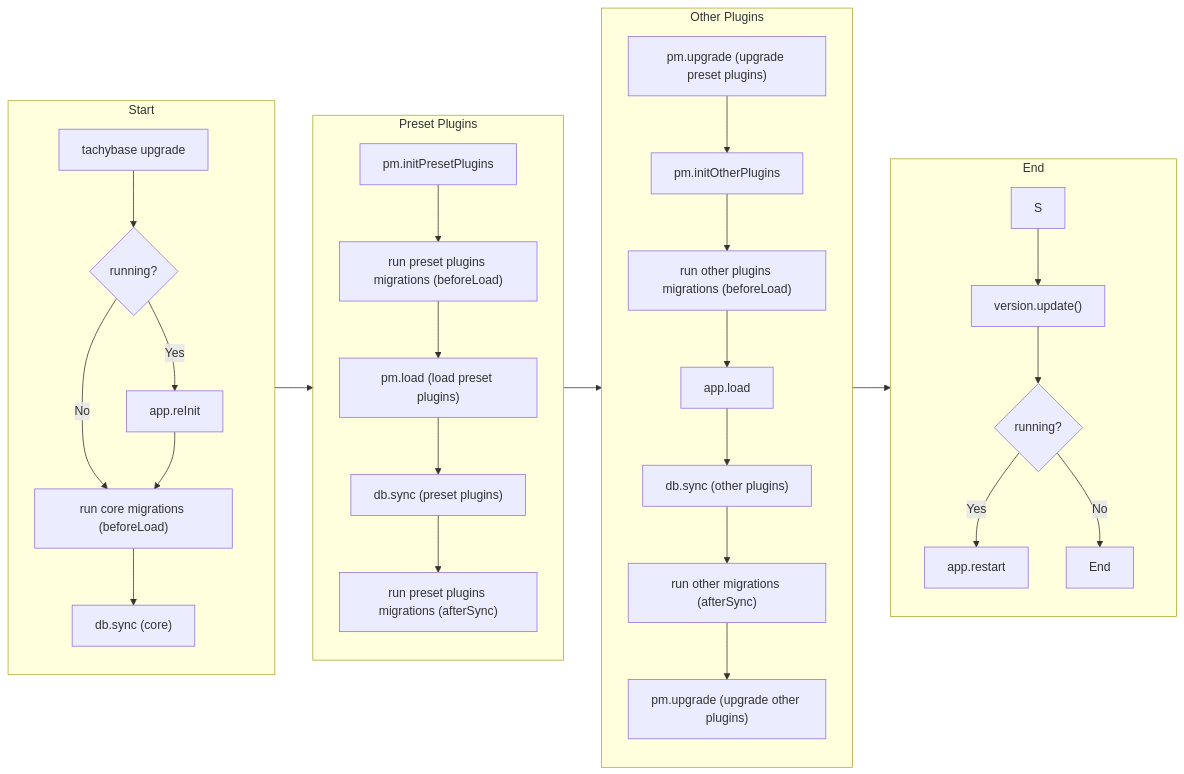
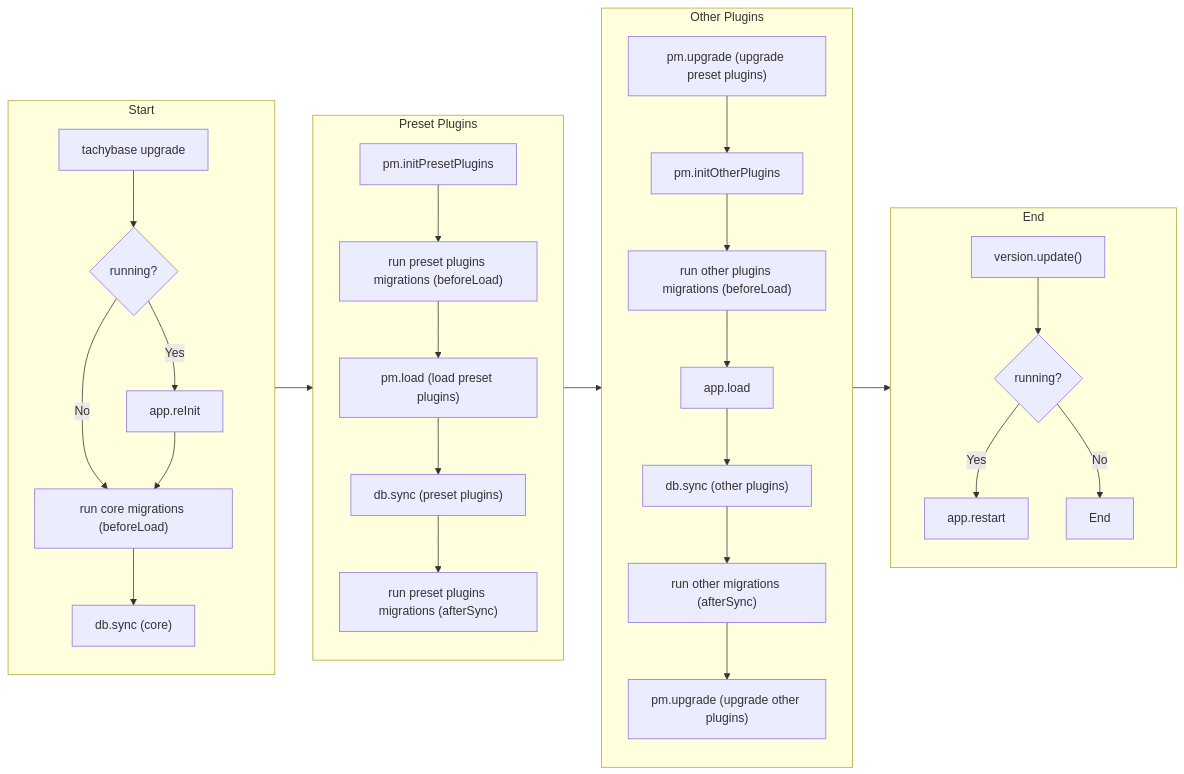
The second of 2 diagrams in docs/zh/develop/lifecycle.md (tegojs/docs), drawn with Mermaid before and after one commit. The commit also changed other lines of this file and 4 other files, not shown here.

````diff
--- a/docs/zh/develop/lifecycle.md
+++ b/docs/zh/develop/lifecycle.md
@@ -3,42 +70,41 @@
 ```mermaid
 flowchart LR
     %% 主流程
     subgraph Start
     direction TB
         A["tachybase upgrade"] --> B{running?}
         B -- Yes --> C["app.reInit"]
         B -- No --> D["run core migrations (beforeLoad)"]
         C --> D
         D --> E["db.sync (core)"]
     end
 
     %% 第一列：PresetPlugins
     subgraph PresetPlugins [Preset Plugins]
         G["pm.initPresetPlugins"] --> H["run preset plugins migrations (beforeLoad)"]
         H --> I["pm.load (load preset plugins)"]
         I --> J["db.sync (preset plugins)"]
         J --> K["run preset plugins migrations (afterSync)"]
     end
 
     %% 第二列：OtherPlugins
     subgraph OtherPlugins [Other Plugins]
         L["pm.upgrade (upgrade preset plugins)"] --> M["pm.initOtherPlugins"]
         M --> N["run other plugins migrations (beforeLoad)"]
         N --> O["app.load"]
         O --> P["db.sync (other plugins)"]
         P --> Q["run other migrations (afterSync)"]
         Q --> R["pm.upgrade (upgrade other plugins)"]
     end
 
     %% 版本更新流程
     subgraph End
-        S --> T["version.update()"]
-        T --> U{running?}
+        T["version.update()"] --> U{running?}
         U -- Yes --> V["app.restart"]
         U -- No --> W["End"]
     end
 
     Start --> PresetPlugins
     PresetPlugins --> OtherPlugins
     OtherPlugins --> End
 ```
````
